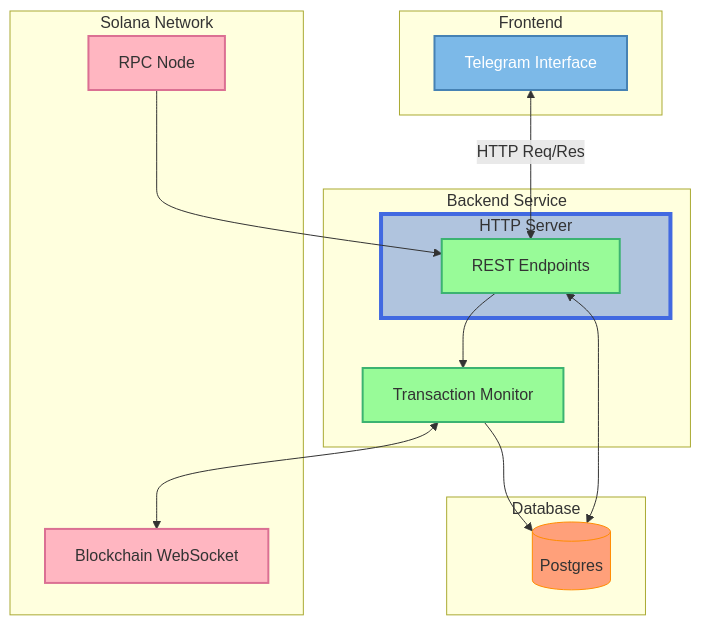
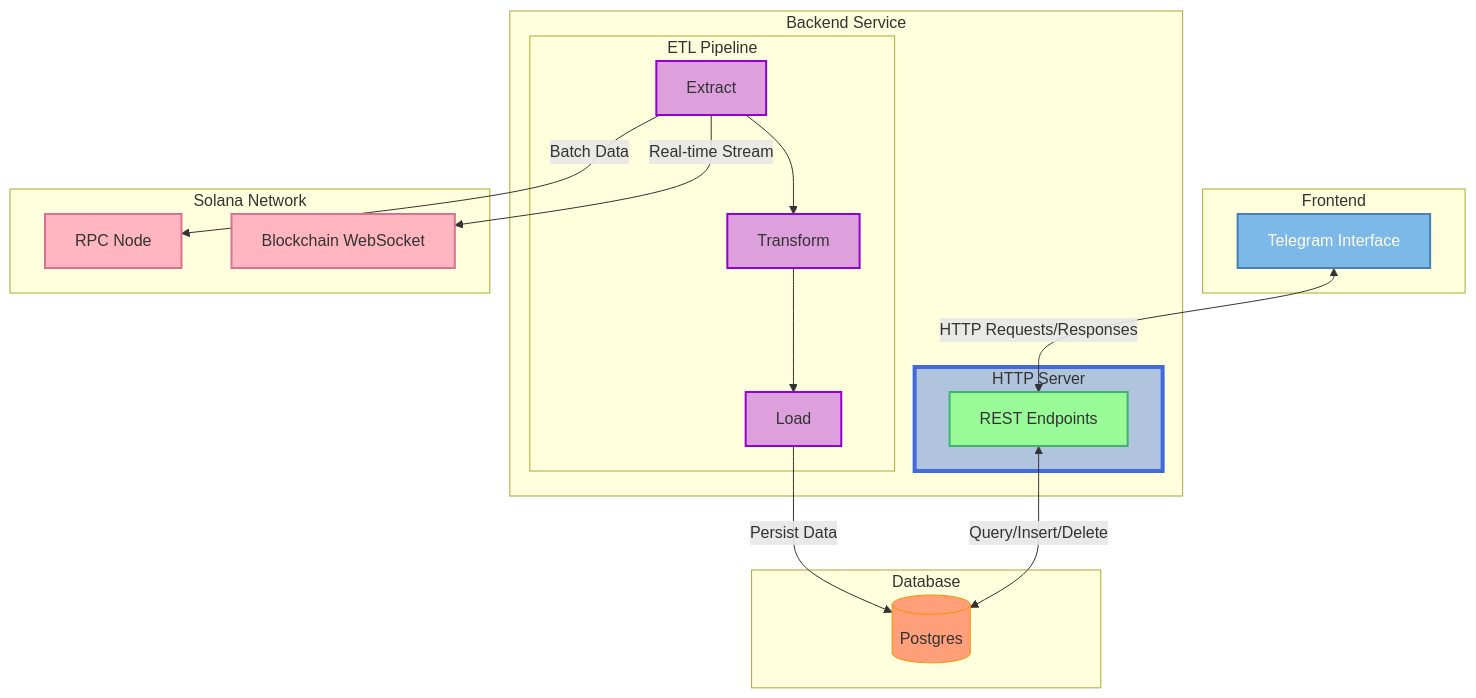
One commit to jakobsym/aura changed the diagram in README.md. Above: the diagram before and after it, drawn with Mermaid.

Commit message:
update readme to represent actual architecture

````diff
--- a/README.md
+++ b/README.md
@@ -7,45 +7,48 @@
 ```mermaid
 flowchart TD
     subgraph UI[Frontend]
         WEB[Telegram Interface]
     end
 
     subgraph Backend[Backend Service]
+        subgraph ETL[ETL Pipeline]
+            EXTRACT[Extract] --> TRANSFORM[Transform] --> LOAD[Load]
+        end
+        
         subgraph HTTP_SERVER[HTTP Server]
             API[REST Endpoints]
         end
-        MONITOR[Transaction Monitor]
     end
 
     subgraph Database[Database]
         DB[(Postgres)]
     end
 
     subgraph Blockchain[Solana Network]
         RPC[RPC Node]
         BC_WS[Blockchain WebSocket]
     end
 
-    %% Bi-directional Flows
-    WEB <--> |HTTP Req/Res| API
-    API <--> DB
-    RPC --> API
-    MONITOR <--> BC_WS
-    MONITOR --> DB
-    API --> MONITOR
-
-    %% Modern, softer color palette
+    %% Data Flows
+    WEB <--> |HTTP Requests/Responses| API
+    API <--> |Query/Insert/Delete| DB
+    
+    EXTRACT --> |Batch Data| RPC
+    EXTRACT --> |Real-time Stream| BC_WS
+    LOAD --> |Persist Data| DB
+    
+    %% Styling
     classDef frontend fill:#7CB9E8,stroke:#4682B4,stroke-width:2px,color:white
     classDef backend fill:#98FB98,stroke:#3CB371,stroke-width:2px,color:#333
     classDef blockchain fill:#FFB6C1,stroke:#DB7093,stroke-width:2px,color:#333
     classDef database fill:#FFA07A,stroke:#FF8C00,stroke-width:1px,color:#333
+    classDef etl fill:#DDA0DD,stroke:#9400D3,stroke-width:2px,color:#333
     classDef server fill:#B0C4DE,stroke:#4169E1,stroke-width:4px,color:#333
-   
 
-    class WEB,API,MONITOR,DB,RPC,BC_WS uniform
     class WEB frontend
-    class API,MONITOR backend
+    class API backend
     class HTTP_SERVER server
+    class EXTRACT,TRANSFORM,LOAD etl
     class RPC,BC_WS blockchain
     class DB database
 ```
````
